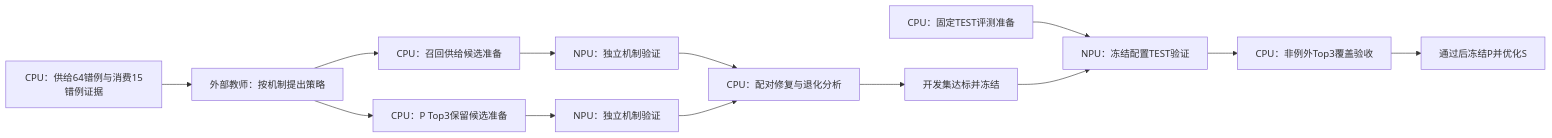
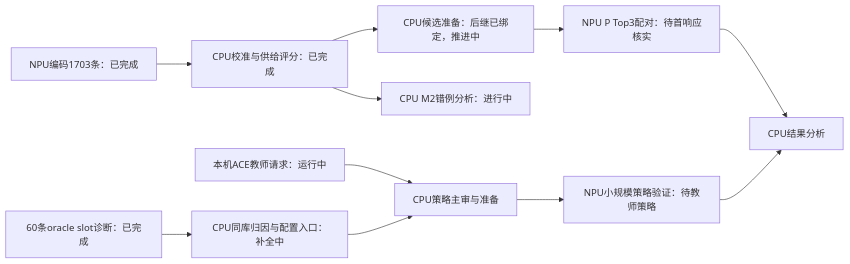
The diagram in docs/decisions/TFRL-Execution-DAG.md (chaosxingxc-orion/omni), drawn with Mermaid before and after one commit. The commit also changed other lines of this file and 6 other files, not shown here.

````diff
--- a/docs/decisions/TFRL-Execution-DAG.md
+++ b/docs/decisions/TFRL-Execution-DAG.md
@@ -5,15 +5,13 @@
 ```mermaid
 flowchart LR
- E[CPU：供给64错例与消费15错例证据] --> T[外部教师：按机制提出策略]
- T --> R[CPU：召回供给候选准备]
- T --> P[CPU：P Top3保留候选准备]
- R --> N1[NPU：独立机制验证]
- P --> N2[NPU：独立机制验证]
- N1 --> A[CPU：配对修复与退化分析]
- N2 --> A
- A --> F[开发集达标并冻结]
- Q[CPU：固定TEST评测准备] --> V[NPU：冻结配置TEST验证]
- F --> V
- V --> G[CPU：非例外Top3覆盖验收]
- G --> S[通过后冻结P并优化S]
+ E[NPU编码1703条：已完成] --> F[CPU校准与供给评分：已完成]
+ F --> P[CPU候选准备：后继已绑定，推进中]
+ P --> N[NPU P Top3配对：待首响应核实]
+ F --> A[CPU M2错例分析：进行中]
+ O[60条oracle slot诊断：已完成] --> C[CPU同库归因与配置入口：补全中]
+ T[本机ACE教师请求：运行中] --> R[CPU策略主审与准备]
+ C --> R
+ R --> V[NPU小规模策略验证：待教师策略]
+ N --> Q[CPU结果分析]
+ V --> Q
 ```
````
